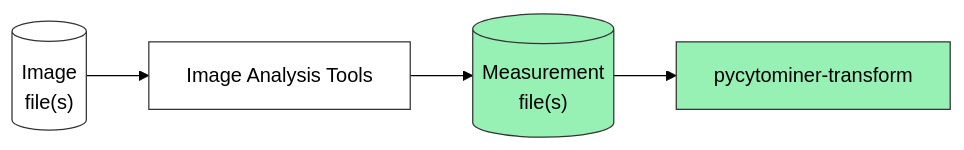
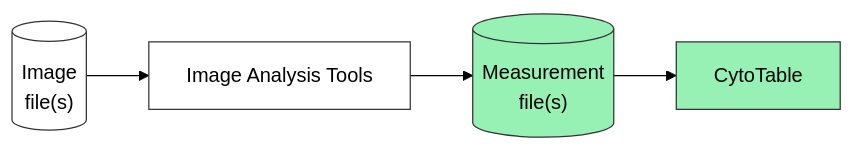
One commit to cytomining/CytoTable changed the diagram in docs/source/overview.md. Above: the diagram before and after it, drawn with Mermaid (forest theme). The commit also changed other lines of this file and 20 other files, not shown here.

````diff
--- a/docs/source/overview.md
+++ b/docs/source/overview.md
@@ -17,9 +17,9 @@
 ```{mermaid}
 flowchart LR
     images[("Image\nfile(s)")]:::outlined --> image-tools[Image Analysis Tools]:::outlined
     image-tools --> measurements[("Measurement\nfile(s)")]:::green
-    measurements --> pycytominer-transform:::green
+    measurements --> CytoTable:::green
 
     classDef outlined fill:#fff,stroke:#333
     classDef green fill:#97F0B4,stroke:#333
 ```
````
